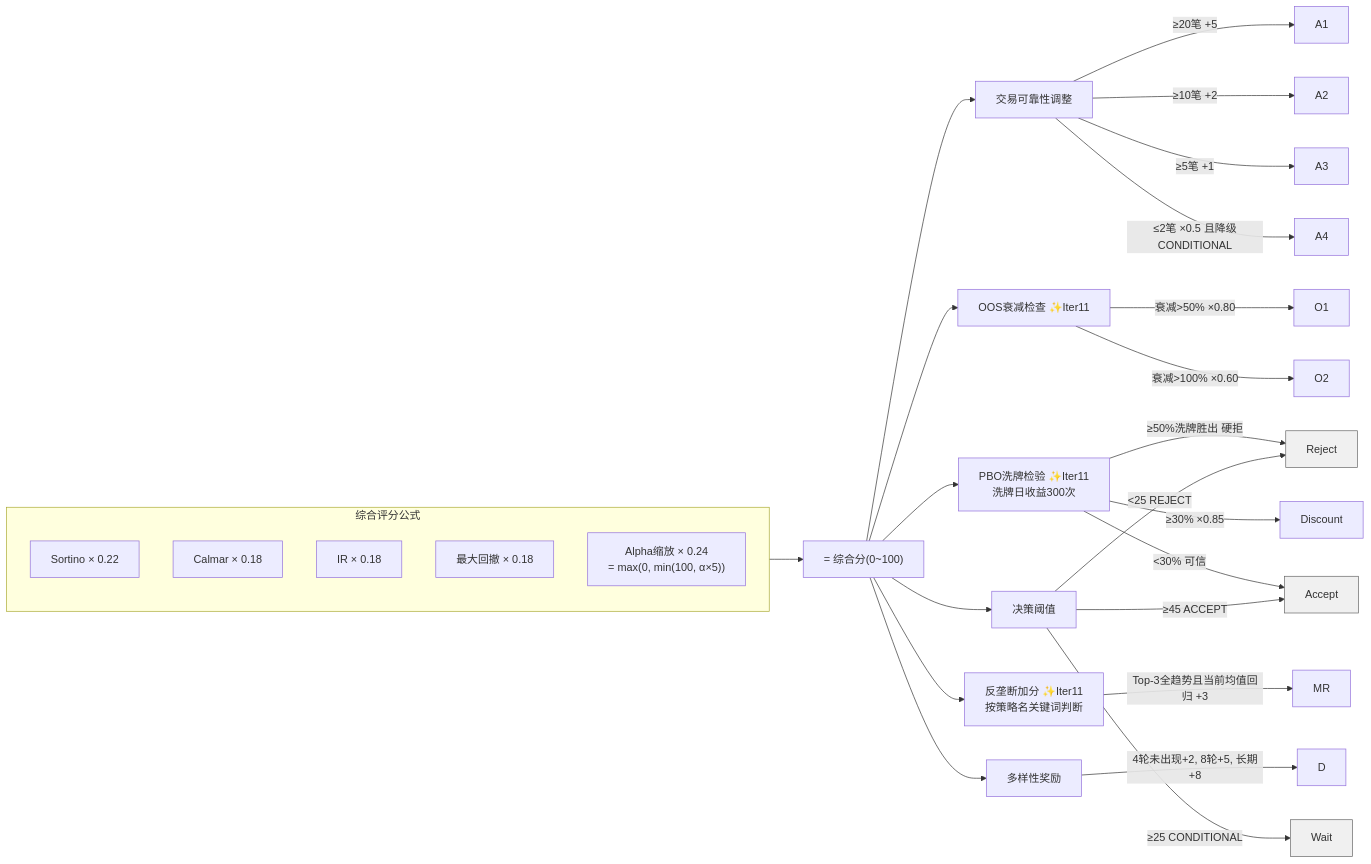
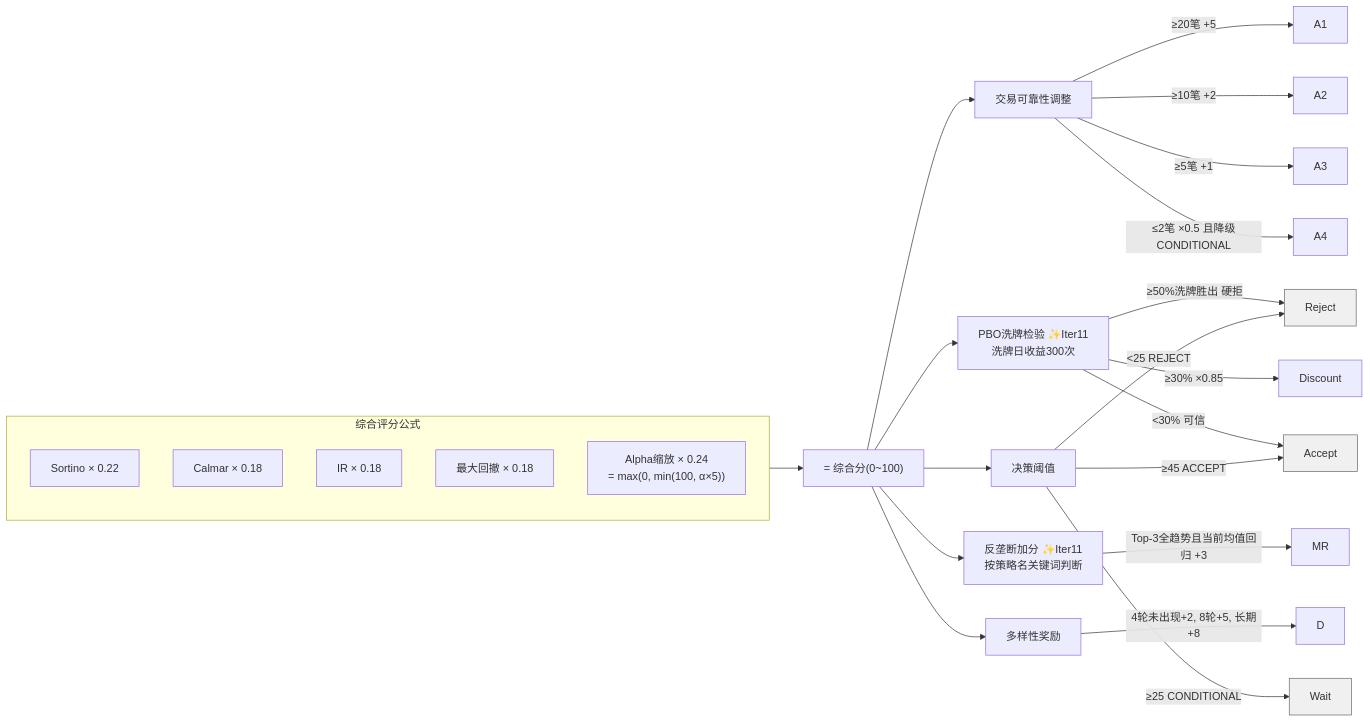
Before and after one commit to Readm/quant: the diagram in dashboard/src/data/strategy/scoring_standards.mmd, drawn with Mermaid. The commit also changed 2 other files, not shown here.

```diff
--- a/dashboard/src/data/strategy/scoring_standards.mmd
+++ b/dashboard/src/data/strategy/scoring_standards.mmd
@@ -1,40 +1,36 @@
 graph LR
     subgraph Composite["综合评分公式"]
         Sortino["Sortino × 0.22"]
         Calmar["Calmar × 0.18"]
         IR["IR × 0.18"]
         Drawdown["最大回撤 × 0.18"]
         AlphaScaled["Alpha缩放 × 0.24<br/>= max(0, min(100, α×5))"]
     end
 
     Composite --> Sum["= 综合分(0~100)"]
 
     Sum --> TradeAdj["交易可靠性调整"]
     TradeAdj --> |"≥20笔 +5"| A1
     TradeAdj --> |"≥10笔 +2"| A2
     TradeAdj --> |"≥5笔 +1"| A3
     TradeAdj --> |"≤2笔 ×0.5 且降级CONDITIONAL"| A4
-
-    Sum --> OOS["OOS衰减检查 ✨Iter11"]
-    OOS --> |"衰减>50% ×0.80"| O1
-    OOS --> |"衰减>100% ×0.60"| O2
 
     Sum --> PBO["PBO洗牌检验 ✨Iter11<br/>洗牌日收益300次"]
     PBO --> |"≥50%洗牌胜出 硬拒"| Reject
     PBO --> |"≥30% ×0.85"| Discount
     PBO --> |"<30% 可信"| Accept
 
     Sum --> AntiMono["反垄断加分 ✨Iter11<br/>按策略名关键词判断"]
     AntiMono --> |"Top-3全趋势且当前均值回归 +3"| MR
 
     Sum --> Diversity["多样性奖励"]
     Diversity --> |"4轮未出现+2, 8轮+5, 长期+8"| D
 
     Sum --> Decision["决策阈值"]
     Decision --> |"≥45 ACCEPT"| Accept
     Decision --> |"≥25 CONDITIONAL"| Wait
     Decision --> |"<25 REJECT"| Reject
 
     style Accept fill:#f0f0f0,stroke:#666,stroke-width:1px
     style Wait fill:#f0f0f0,stroke:#666,stroke-width:1px
     style Reject fill:#f0f0f0,stroke:#666,stroke-width:1px
```
